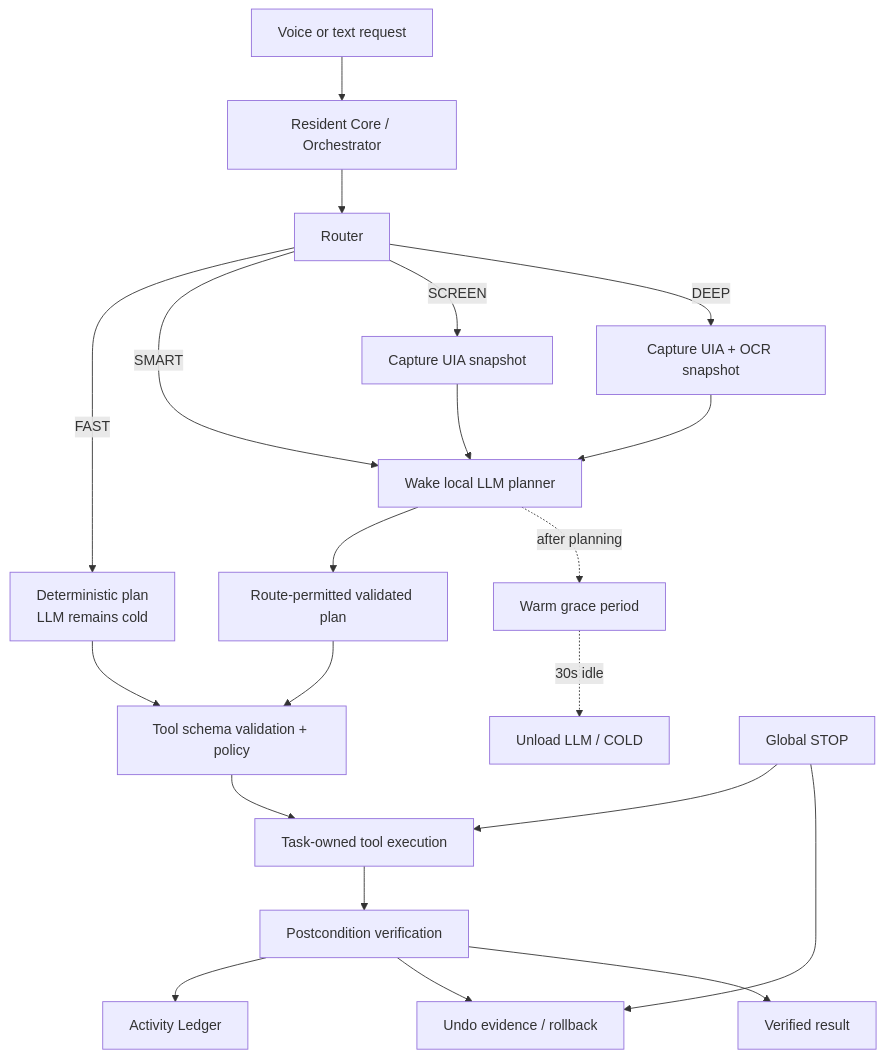
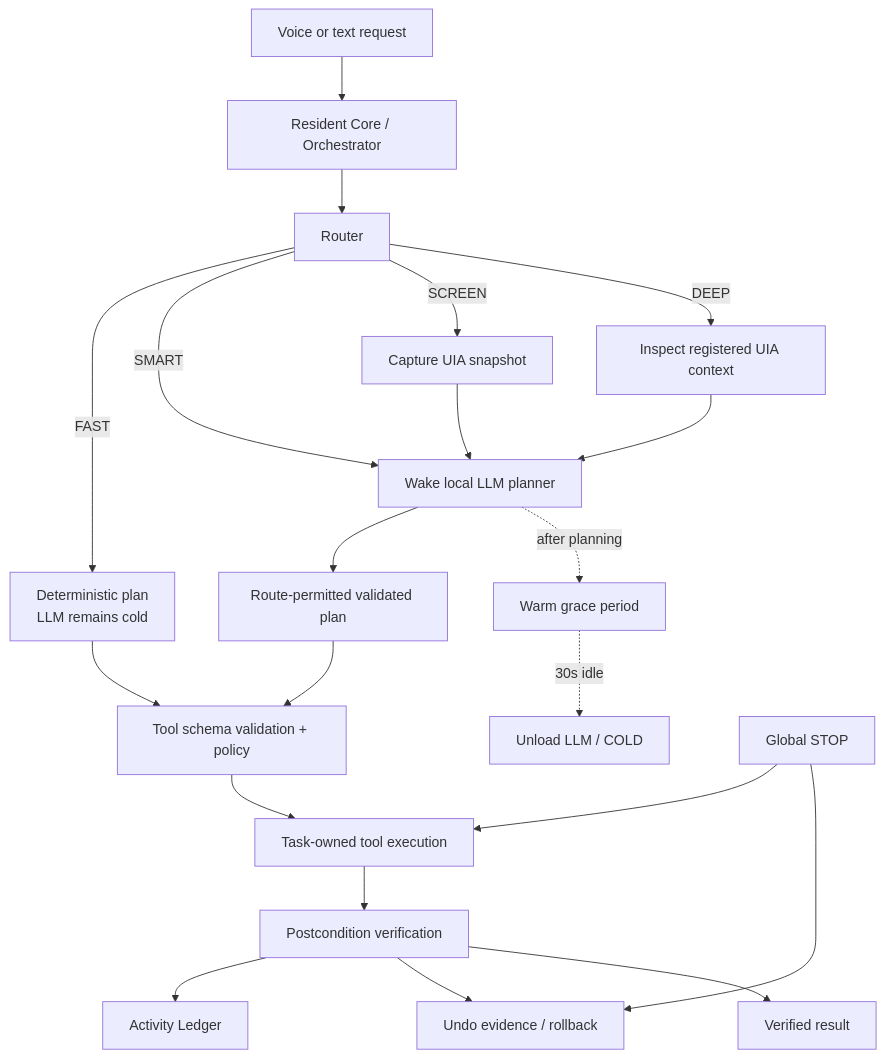
The diagram in README.md (sai161812/pluma), drawn with Mermaid before and after one commit. The commit also changed other lines of this file and 7 other files, not shown here.

````diff
--- a/README.md
+++ b/README.md
@@ -19,30 +19,30 @@
 ```mermaid
 flowchart TD
     A[Voice or text request] --> B[Resident Core / Orchestrator]
     B --> C[Router]
 
     C -->|FAST| D[Deterministic plan<br/>LLM remains cold]
     C -->|SMART| P[Wake local LLM planner]
     C -->|SCREEN| E[Capture UIA snapshot]
-    C -->|DEEP| F[Capture UIA + OCR snapshot]
+    C -->|DEEP| F[Inspect registered UIA context]
 
     E --> P
     F --> P
 
     P --> G[Route-permitted validated plan]
     P -. after planning .-> W[Warm grace period]
     W -. 30s idle .-> X[Unload LLM / COLD]
 
     D --> H[Tool schema validation + policy]
     G --> H
 
     H --> I[Task-owned tool execution]
     I --> J[Postcondition verification]
 
     J --> K[Activity Ledger]
     J --> L[Undo evidence / rollback]
     J --> M[Verified result]
 
     N[Global STOP] --> I
     N --> L
 ```
````
